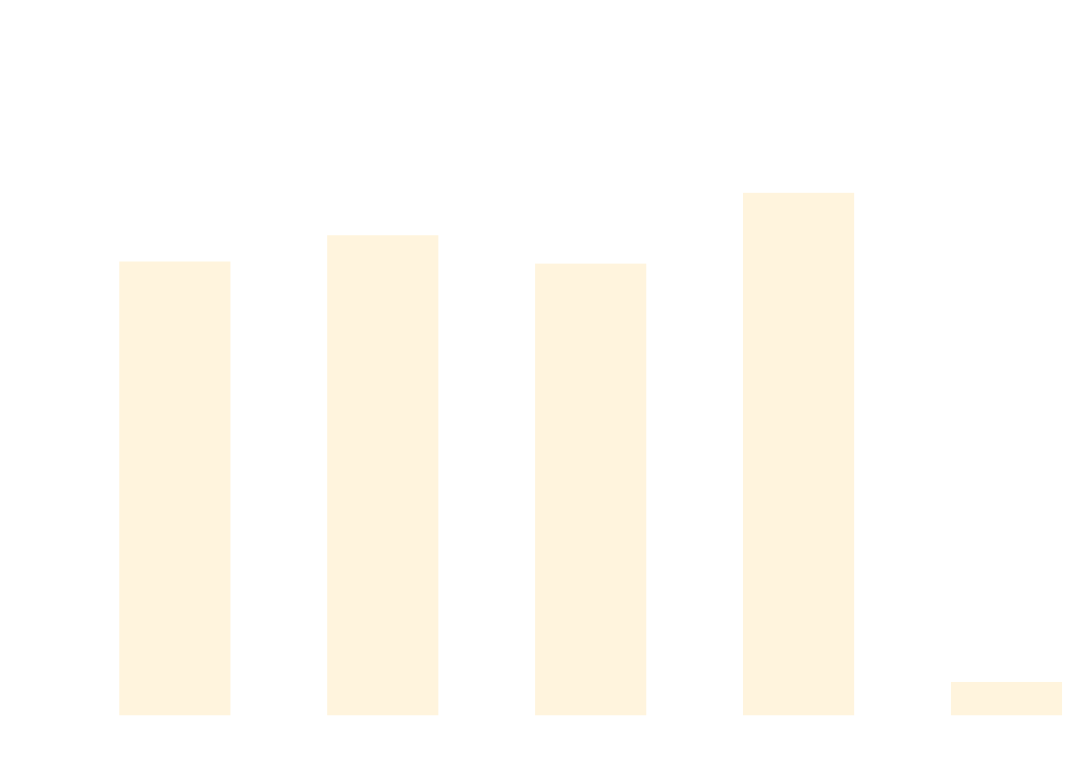
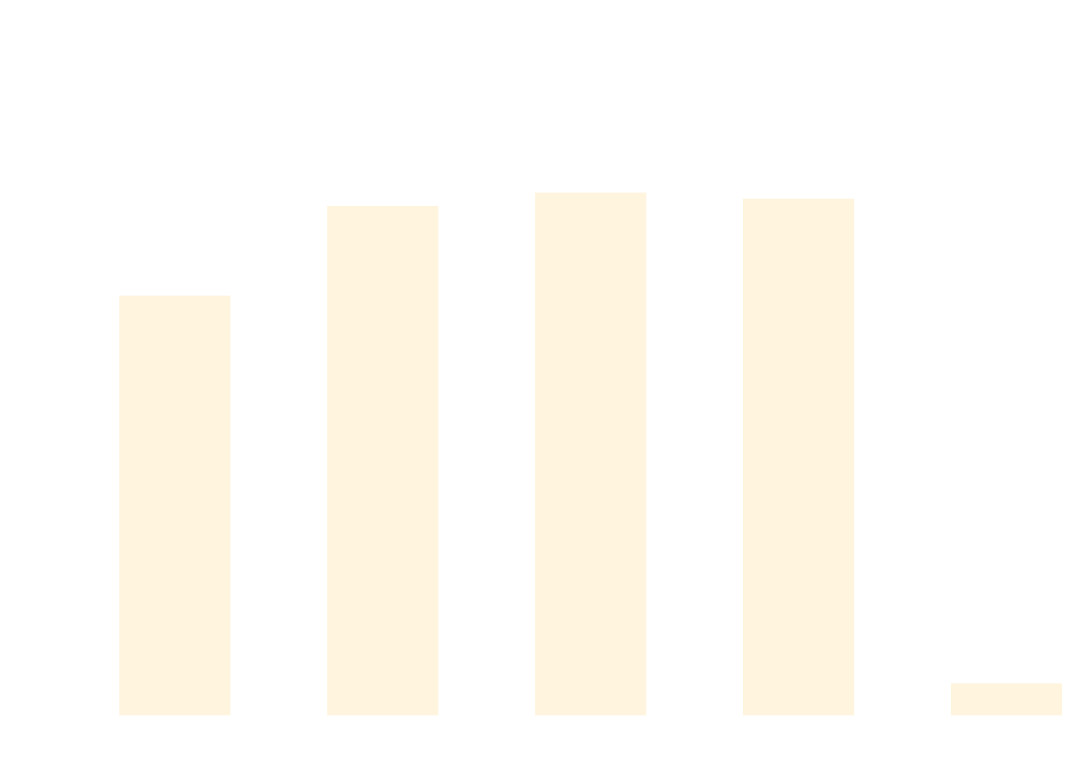
The diagram in docs/docs/benchmarks/DataDrivenTests.md (thomhurst/TUnit), drawn with Mermaid before and after one commit. The commit also changed other lines of this file and 17 other files, not shown here.

````diff
--- a/docs/docs/benchmarks/DataDrivenTests.md
+++ b/docs/docs/benchmarks/DataDrivenTests.md
@@ -27,37 +27,37 @@
 ```mermaid
 %%{init: {
   'theme':'base',
   'themeVariables': {
     'primaryColor': '#2563eb',
     'primaryTextColor': '#ffffff',
     'primaryBorderColor': '#1e40af',
     'lineColor': '#6b7280',
     'secondaryColor': '#7c3aed',
     'tertiaryColor': '#dc2626',
     'background': '#ffffff',
     'mainBkg': '#2563eb',
     'secondBkg': '#7c3aed',
     'tertiaryBkg': '#dc2626',
     'clusterBkg': '#f3f4f6',
     'edgeLabelBackground': '#ffffff',
     'tertiaryTextColor': '#1f2937',
     'pie1': '#2563eb',
     'pie2': '#7c3aed',
     'pie3': '#dc2626',
     'pie4': '#f59e0b',
     'pie5': '#10b981',
     'pie6': '#06b6d4',
     'pie7': '#ec4899',
     'pie8': '#6366f1',
     'pie9': '#84cc16',
     'pie10': '#f97316',
     'pie11': '#14b8a6',
     'pie12': '#a855f7'
   }
 }}%%
 xychart-beta
   title "DataDrivenTests Performance Comparison"
   x-axis ["TUnit", "NUnit", "MSTest", "xUnit3", "TUnit_AOT"]
-  y-axis "Time (ms)" 0 --> 704
-  bar [507.19, 537.32, 504.77, 586, 24.73]
+  y-axis "Time (ms)" 0 --> 742
+  bar [493.26, 601.85, 617.89, 610.52, 24.33]
 ```
````
